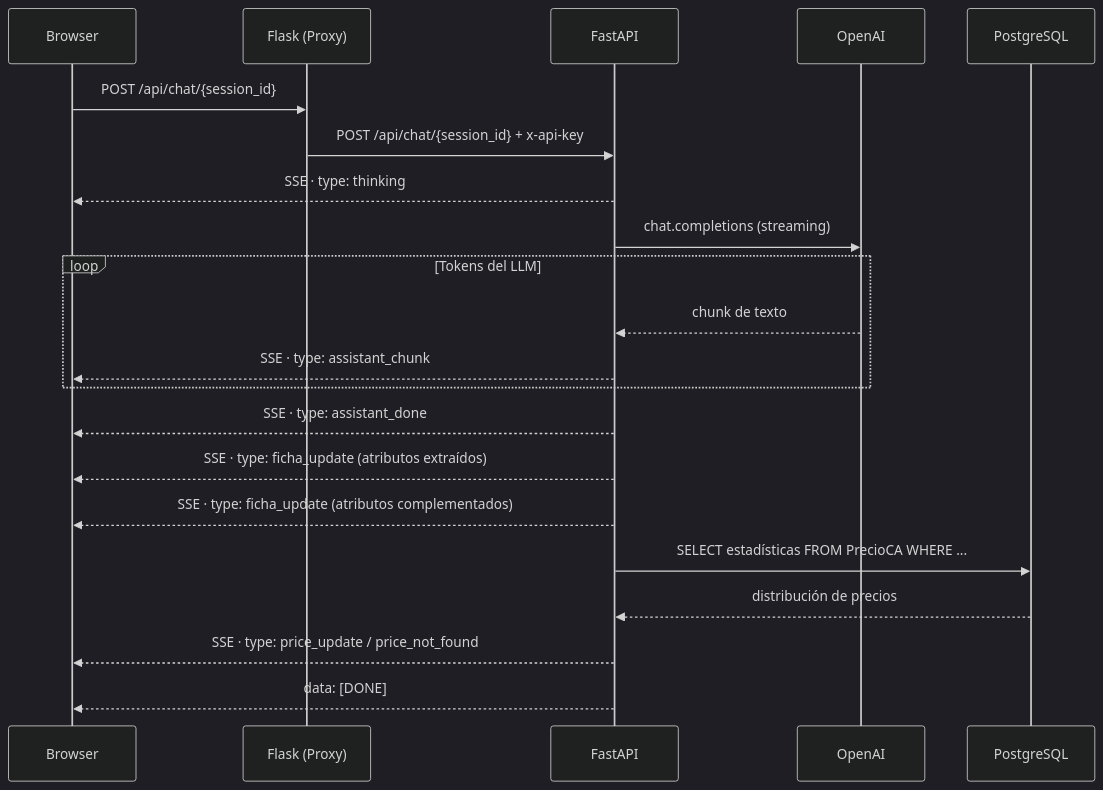
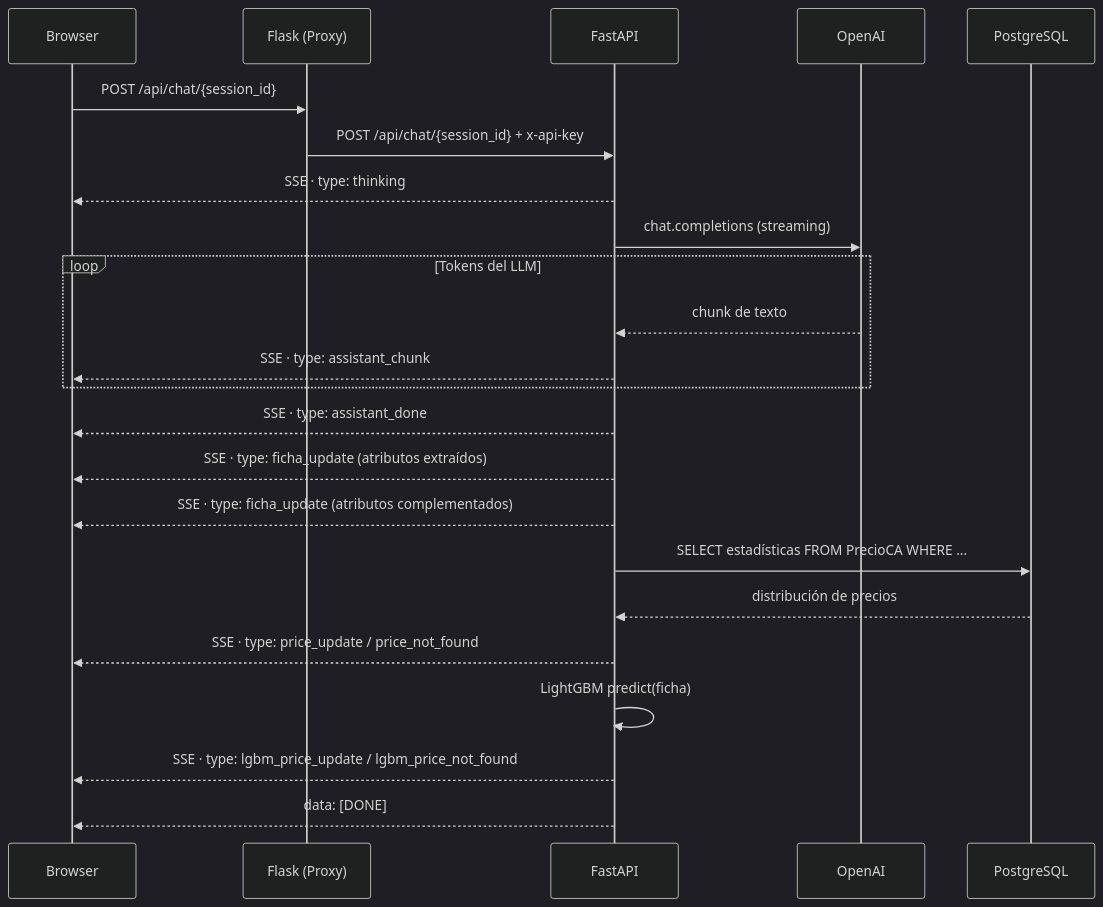
One commit to eduardomoyab/MVP1-AIChileCompra-backend changed the second of 5 diagrams in README.md. Above: the diagram before and after it, drawn with Mermaid (dark theme). The commit also changed other lines of this file and 11 other files, not shown here.

````diff
--- a/README.md
+++ b/README.md
@@ -58,24 +60,26 @@
 ```mermaid
 sequenceDiagram
     participant B as Browser
     participant F as Flask (Proxy)
     participant A as FastAPI
     participant O as OpenAI
     participant P as PostgreSQL
 
     B->>F: POST /api/chat/{session_id}
     F->>A: POST /api/chat/{session_id} + x-api-key
     A-->>B: SSE · type: thinking
     A->>O: chat.completions (streaming)
     loop Tokens del LLM
         O-->>A: chunk de texto
         A-->>B: SSE · type: assistant_chunk
     end
     A-->>B: SSE · type: assistant_done
     A-->>B: SSE · type: ficha_update (atributos extraídos)
     A-->>B: SSE · type: ficha_update (atributos complementados)
     A->>P: SELECT estadísticas FROM PrecioCA WHERE ...
     P-->>A: distribución de precios
     A-->>B: SSE · type: price_update / price_not_found
+    A->>A: LightGBM predict(ficha)
+    A-->>B: SSE · type: lgbm_price_update / lgbm_price_not_found
     A-->>B: data: [DONE]
 ```
````
